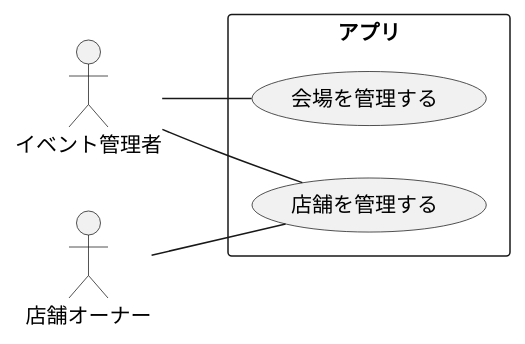
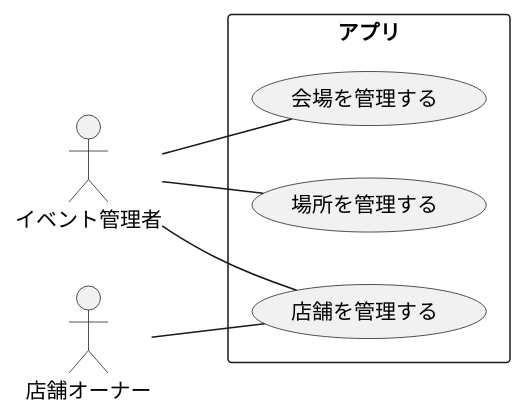
One commit to zakzakst/object-oriented-practice changed the first of 7 diagrams in 03_event-shop-app/3_実装用の図.md. Above: the diagram before and after it, drawn with PlantUML. The commit also changed other lines of this file and 2 other files, not shown here.

````diff
--- a/03_event-shop-app/3_実装用の図.md
+++ b/03_event-shop-app/3_実装用の図.md
@@ -4,14 +4,16 @@
 ```puml
 @startuml
 left to right direction
 actor イベント管理者 as admin
 actor 店舗オーナー as owner
 rectangle アプリ {
   usecase "会場を管理する" as case1
-  usecase "店舗を管理する" as case2
+  usecase "場所を管理する" as case2
+  usecase "店舗を管理する" as case3
 }
 admin -- case1
 admin -- case2
-owner -- case2
+admin -- case3
+owner -- case3
 @enduml
 ```
````
